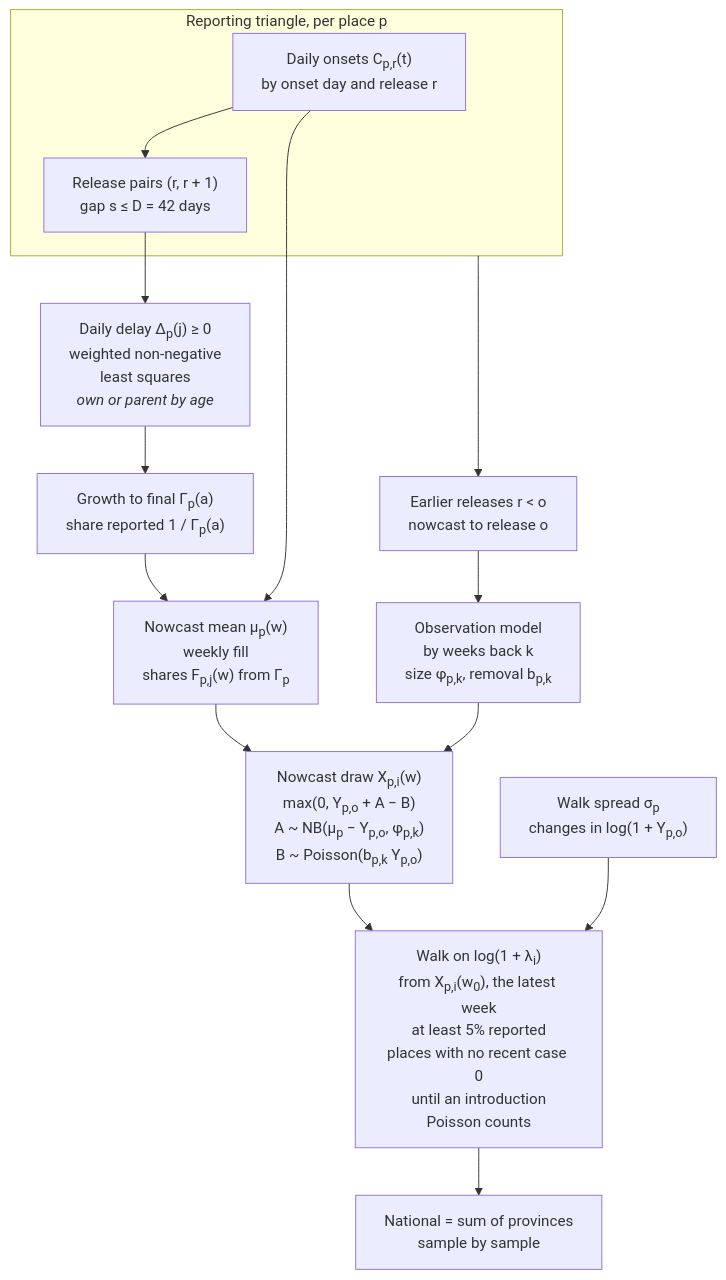
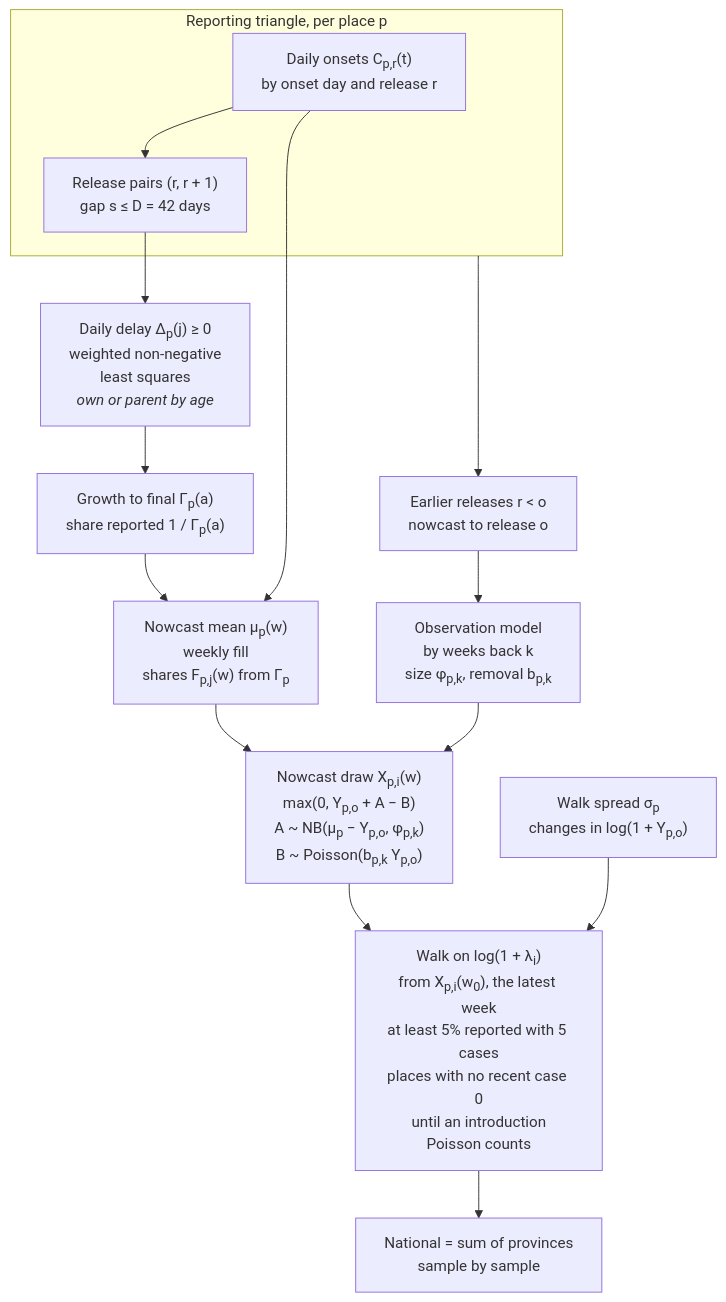
Before and after one commit to seabbs/BDBVHubRenewal: the first of 2 diagrams in docs/methods/baselines.md, drawn with Mermaid. The commit also changed other lines of this file and 4 other files, not shown here.

````diff
--- a/docs/methods/baselines.md
+++ b/docs/methods/baselines.md
@@ -27,29 +27,29 @@
 ```mermaid
 flowchart TD
     subgraph TRI["Reporting triangle, per place p"]
         SNAP["Daily onsets C<sub>p,r</sub>(t)<br/>by onset day and release r"]
         PAIR["Release pairs (r, r + 1)<br/>gap s ≤ D = 42 days"]
     end
     DEL["Daily delay Δ<sub>p</sub>(j) ≥ 0<br/>weighted non-negative<br/>least squares<br/><i>own or parent by age</i>"]
     G["Growth to final Γ<sub>p</sub>(a)<br/>share reported 1 / Γ<sub>p</sub>(a)"]
     MU["Nowcast mean μ<sub>p</sub>(w)<br/>weekly fill<br/>shares F<sub>p,j</sub>(w) from Γ<sub>p</sub>"]
     RETRO["Earlier releases r &lt; o<br/>nowcast to release o"]
     OBS["Observation model<br/>by weeks back k<br/>size φ<sub>p,k</sub>, removal b<sub>p,k</sub>"]
     X["Nowcast draw X<sub>p,i</sub>(w)<br/>max(0, Y<sub>p,o</sub> + A − B)<br/>A ~ NB(μ<sub>p</sub> − Y<sub>p,o</sub>, φ<sub>p,k</sub>)<br/>B ~ Poisson(b<sub>p,k</sub> Y<sub>p,o</sub>)"]
     SIG["Walk spread σ<sub>p</sub><br/>changes in log(1 + Y<sub>p,o</sub>)"]
-    W["Walk on log(1 + λ<sub>i</sub>)<br/>from X<sub>p,i</sub>(w<sub>0</sub>), the latest week<br/>at least 5% reported<br/>places with no recent case 0<br/>until an introduction<br/>Poisson counts"]
+    W["Walk on log(1 + λ<sub>i</sub>)<br/>from X<sub>p,i</sub>(w<sub>0</sub>), the latest week<br/>at least 5% reported with 5 cases<br/>places with no recent case 0<br/>until an introduction<br/>Poisson counts"]
     NAT["National = sum of provinces<br/>sample by sample"]
 
     SNAP --> PAIR
     PAIR --> DEL
     DEL --> G
     G --> MU
     SNAP --> MU
     TRI --> RETRO
     RETRO --> OBS
     MU --> X
     OBS --> X
     X --> W
     SIG --> W
     W --> NAT
 ```
````
